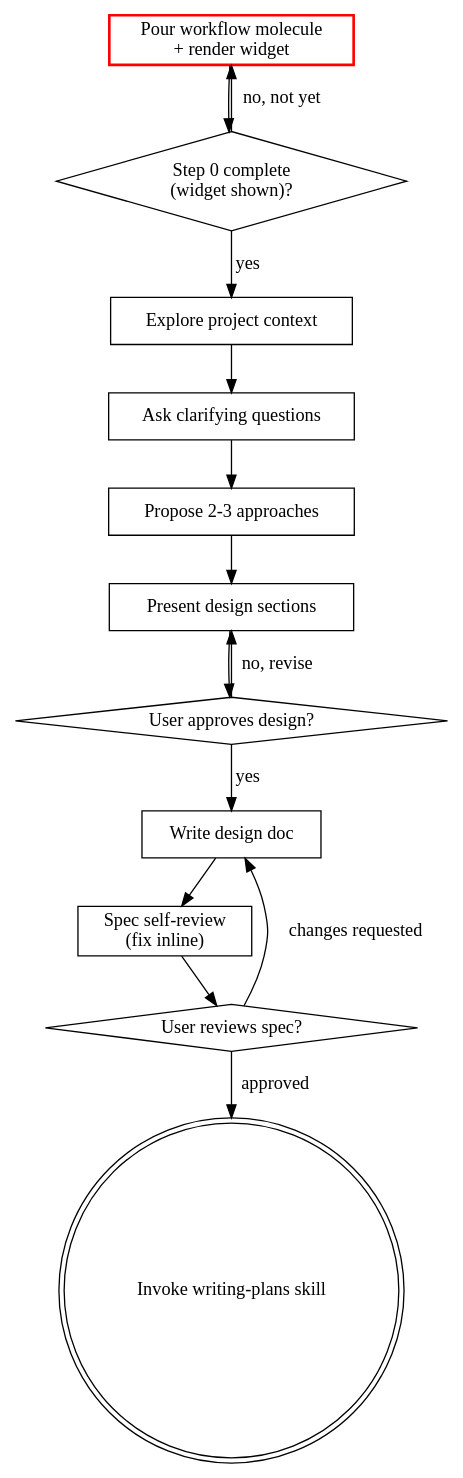
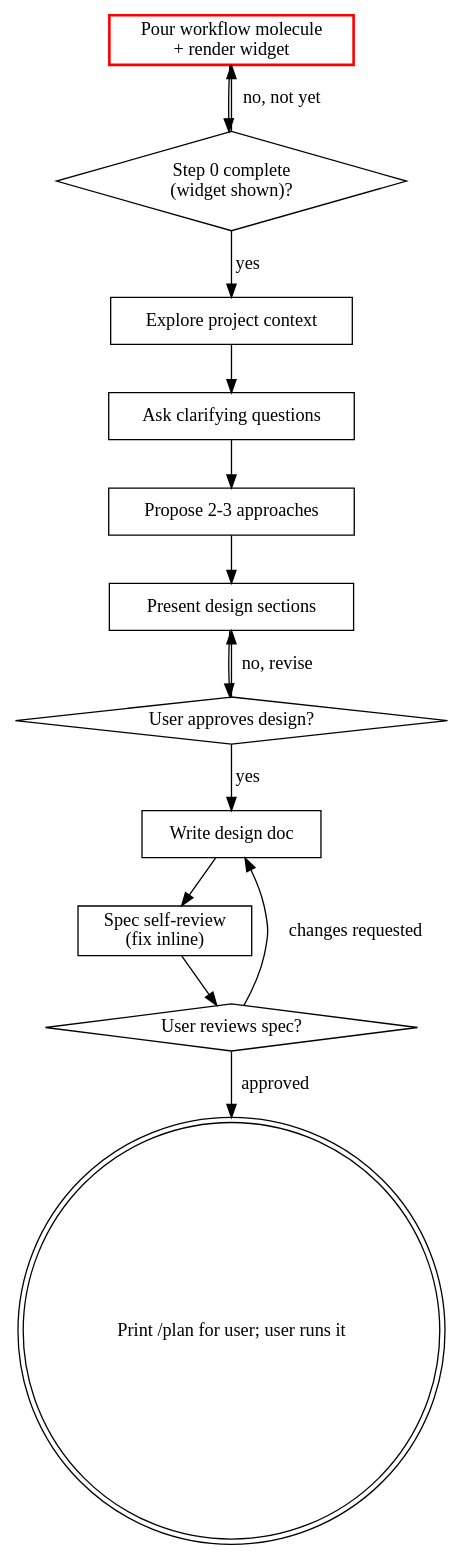
One commit to johnstegeman/pi-packages changed the diagram in packages/pi-superpowers-plus/skills/brainstorming/SKILL.md. Above: the diagram before and after it, drawn with Graphviz. The commit also changed other lines of this file and 4 other files, not shown here.

Commit message:
feat(skills): phase handoffs print the exact command (user loads via /plan-style commands); close-as-you-go reminders

````diff
--- a/packages/pi-superpowers-plus/skills/brainstorming/SKILL.md
+++ b/packages/pi-superpowers-plus/skills/brainstorming/SKILL.md
@@ -112,29 +112,29 @@
 ```dot
 digraph brainstorming {
     "Pour workflow molecule\n+ render widget" [shape=box, style=bold, color=red];
     "Step 0 complete\n(widget shown)?" [shape=diamond];
     "Explore project context" [shape=box];
     "Ask clarifying questions" [shape=box];
     "Propose 2-3 approaches" [shape=box];
     "Present design sections" [shape=box];
     "User approves design?" [shape=diamond];
     "Write design doc" [shape=box];
     "Spec self-review\n(fix inline)" [shape=box];
     "User reviews spec?" [shape=diamond];
-    "Invoke writing-plans skill" [shape=doublecircle];
+    "Print /plan for user; user runs it" [shape=doublecircle];
 
     "Pour workflow molecule\n+ render widget" -> "Step 0 complete\n(widget shown)?";
     "Step 0 complete\n(widget shown)?" -> "Pour workflow molecule\n+ render widget" [label="no, not yet"];
     "Step 0 complete\n(widget shown)?" -> "Explore project context" [label="yes"];
     "Explore project context" -> "Ask clarifying questions";
     "Ask clarifying questions" -> "Propose 2-3 approaches";
     "Propose 2-3 approaches" -> "Present design sections";
     "Present design sections" -> "User approves design?";
     "User approves design?" -> "Present design sections" [label="no, revise"];
     "User approves design?" -> "Write design doc" [label="yes"];
     "Write design doc" -> "Spec self-review\n(fix inline)";
     "Spec self-review\n(fix inline)" -> "User reviews spec?";
     "User reviews spec?" -> "Write design doc" [label="changes requested"];
-    "User reviews spec?" -> "Invoke writing-plans skill" [label="approved"];
+    "User reviews spec?" -> "Print /plan for user; user runs it" [label="approved"];
 }
 ```
````
